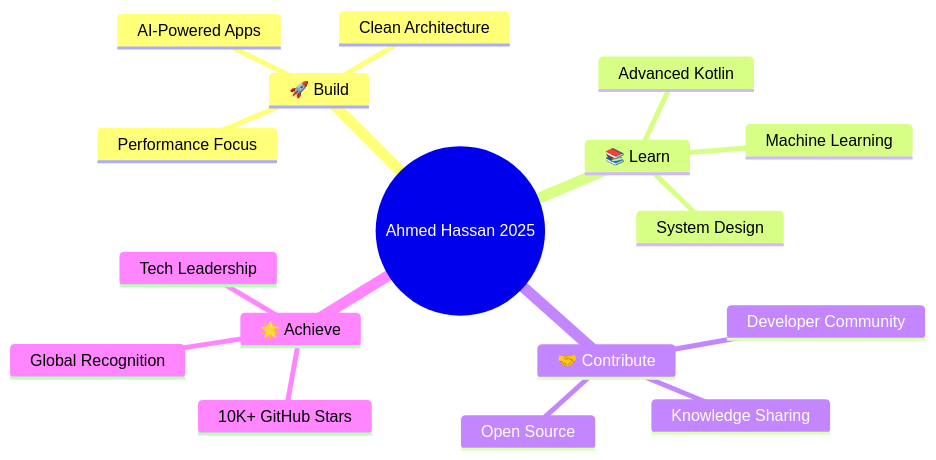
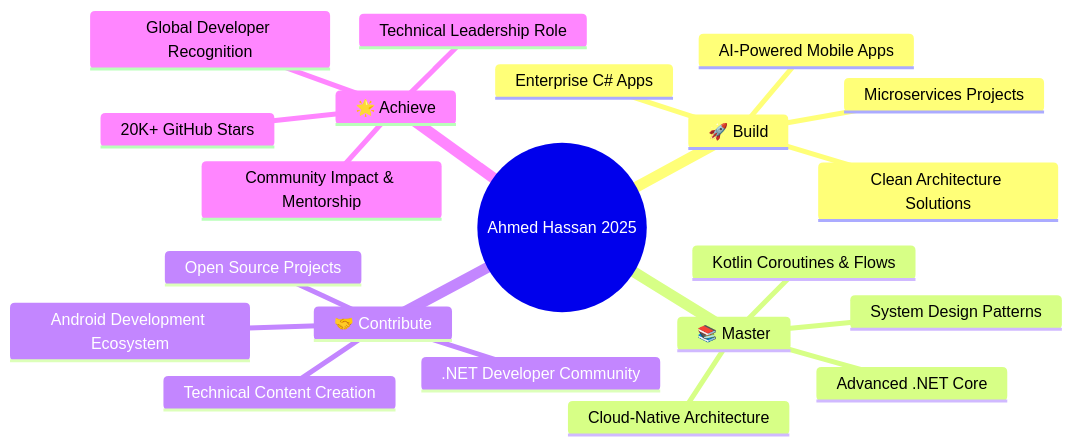
One commit to ahmed-hassan-coder-x/ahmed-hassan-coder-x changed the diagram in README.md. Above: the diagram before and after it, drawn with Mermaid. The commit also changed other lines of this file, not shown here.

````diff
--- a/README.md
+++ b/README.md
@@ -197,20 +255,24 @@
 ```mermaid
 mindmap
   root((Ahmed Hassan 2025))
     🚀 Build
-      AI-Powered Apps
-      Clean Architecture
-      Performance Focus
-    📚 Learn
-      Advanced Kotlin
-      Machine Learning
-      System Design
+      Enterprise C# Apps
+      AI-Powered Mobile Apps  
+      Clean Architecture Solutions
+      Microservices Projects
+    📚 Master
+      Advanced .NET Core
+      Kotlin Coroutines & Flows
+      System Design Patterns
+      Cloud-Native Architecture
     🤝 Contribute
-      Open Source
-      Developer Community
-      Knowledge Sharing
+      Open Source Projects
+      .NET Developer Community
+      Android Development Ecosystem
+      Technical Content Creation
     🌟 Achieve
-      10K+ GitHub Stars
-      Global Recognition
-      Tech Leadership
+      20K+ GitHub Stars
+      Global Developer Recognition
+      Technical Leadership Role
+      Community Impact & Mentorship
 ```
````
